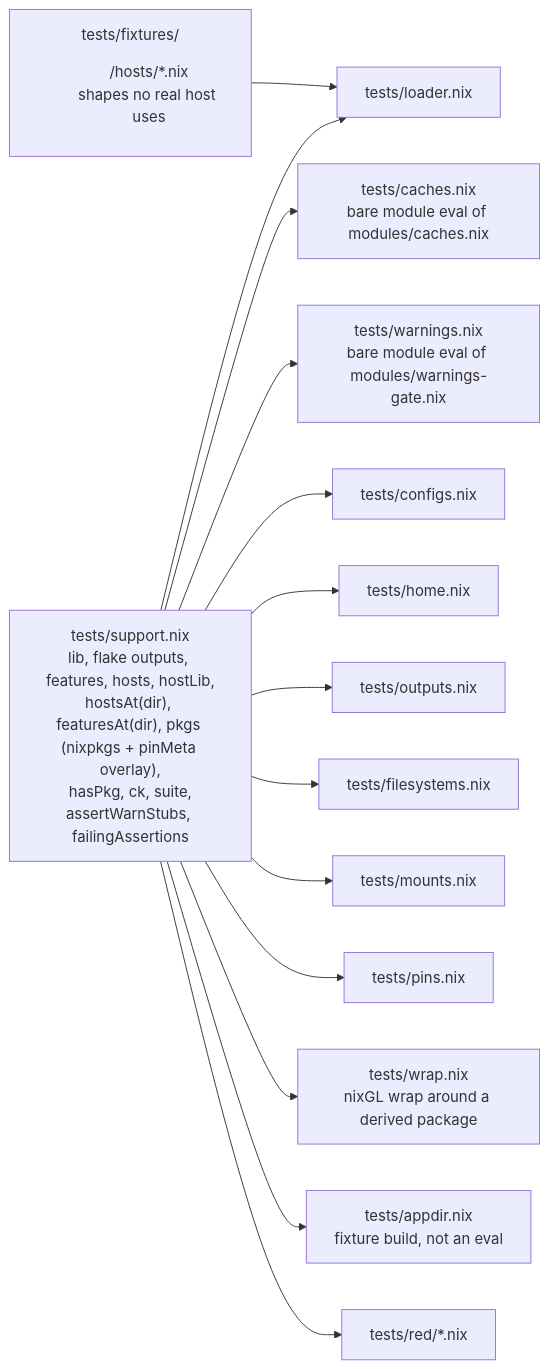
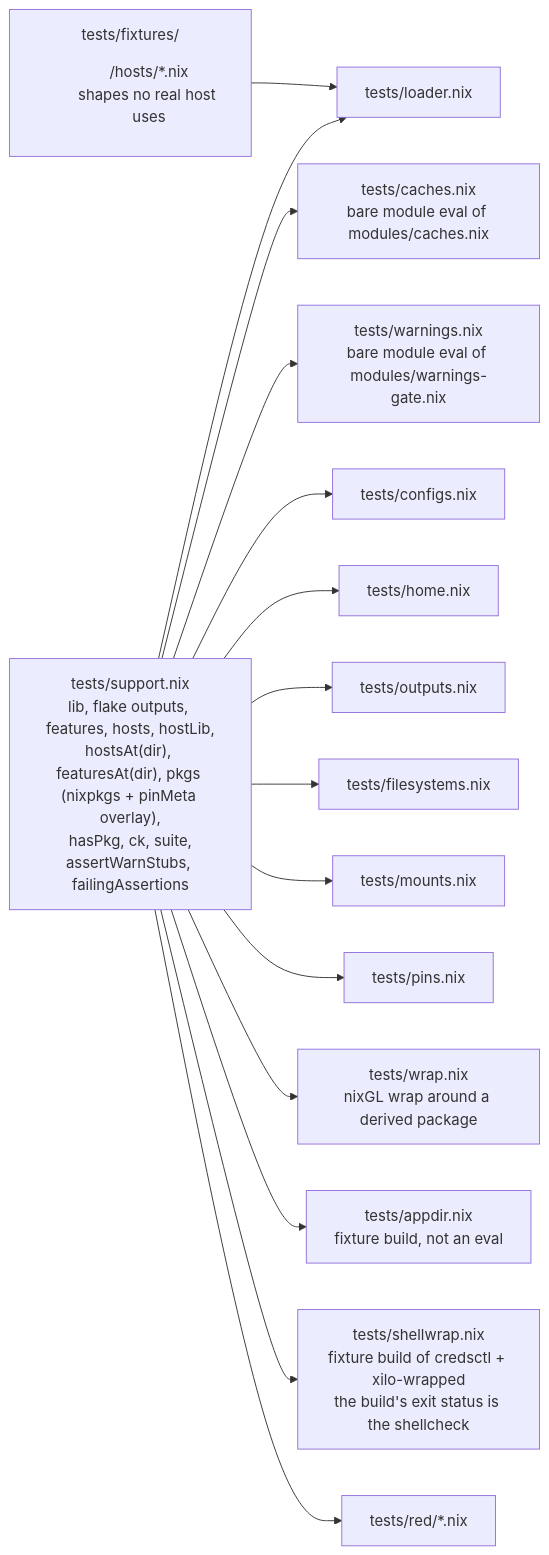
One commit to WombatFromHell/automatic-palm-tree changed the second of 5 diagrams in TEST_DESIGN.md. Above: the diagram before and after it, drawn with Mermaid. The commit also changed other lines of this file and 19 other files, not shown here.

Commit message:
Ran 'shfmt' and 'shellcheck' against all .sh/.bats files and streamlined 'nix.just'

````diff
--- a/TEST_DESIGN.md
+++ b/TEST_DESIGN.md
@@ -58,16 +60,17 @@
 ```mermaid
 flowchart LR
   S["tests/support.nix<br/>lib, flake outputs, features, hosts, hostLib,<br/>hostsAt(dir), featuresAt(dir), pkgs (nixpkgs + pinMeta overlay),<br/>hasPkg, ck, suite,<br/>assertWarnStubs, failingAssertions"] --> L["tests/loader.nix"]
   S --> CA["tests/caches.nix<br/>bare module eval of modules/caches.nix"]
   S --> WA["tests/warnings.nix<br/>bare module eval of modules/warnings-gate.nix"]
   S --> C["tests/configs.nix"]
   S --> H["tests/home.nix"]
   S --> O["tests/outputs.nix"]
   S --> F["tests/filesystems.nix"]
   S --> M["tests/mounts.nix"]
   S --> PI["tests/pins.nix"]
   S --> WR["tests/wrap.nix<br/>nixGL wrap around a derived package"]
   S --> AP["tests/appdir.nix<br/>fixture build, not an eval"]
+  S --> SW["tests/shellwrap.nix<br/>fixture build of credsctl + xilo-wrapped<br/>the build's exit status is the shellcheck"]
   S --> RD["tests/red/*.nix"]
   FX["tests/fixtures/<dir>/hosts/*.nix<br/>shapes no real host uses"] --> L
 ```
````
